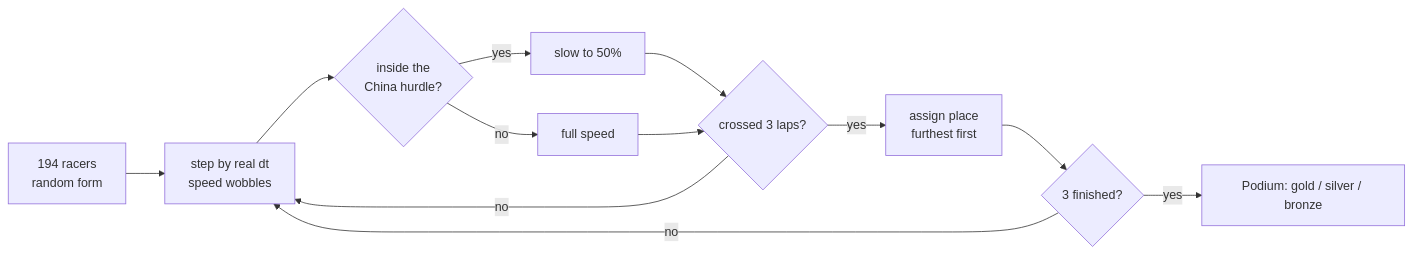
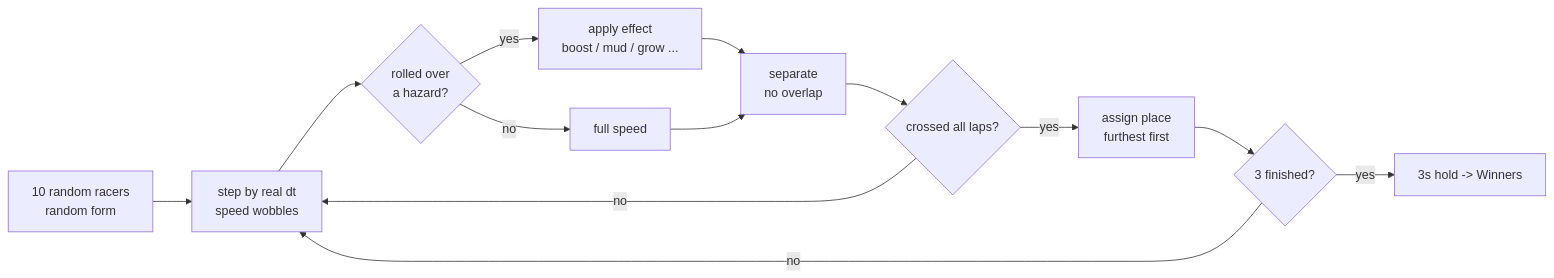
Before and after one commit to bunlongheng/country-racer: the diagram in README.md, drawn with Mermaid. The commit also changed other lines of this file and 12 other files, not shown here.

````diff
--- a/README.md
+++ b/README.md
@@ -35,14 +37,15 @@
 ```mermaid
 flowchart LR
-  A[194 racers<br/>random form] --> B[step by real dt<br/>speed wobbles]
-  B --> C{inside the<br/>China hurdle?}
-  C -- yes --> D[slow to 50%]
+  A[10 random racers<br/>random form] --> B[step by real dt<br/>speed wobbles]
+  B --> C{rolled over<br/>a hazard?}
+  C -- yes --> D[apply effect<br/>boost / mud / grow ...]
   C -- no --> E[full speed]
-  D --> F{crossed 3 laps?}
+  D --> F[separate<br/>no overlap]
   E --> F
-  F -- no --> B
-  F -- yes --> G[assign place<br/>furthest first]
-  G --> H{3 finished?}
-  H -- no --> B
-  H -- yes --> I[Podium: gold / silver / bronze]
+  F --> G{crossed all laps?}
+  G -- no --> B
+  G -- yes --> H[assign place<br/>furthest first]
+  H --> I{3 finished?}
+  I -- no --> B
+  I -- yes --> J[3s hold -> Winners]
 ```
````
